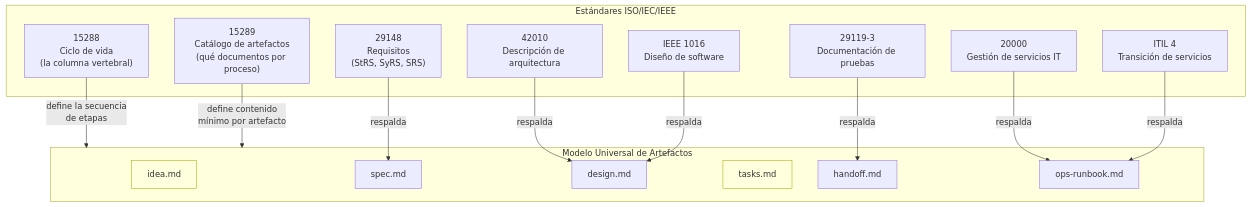
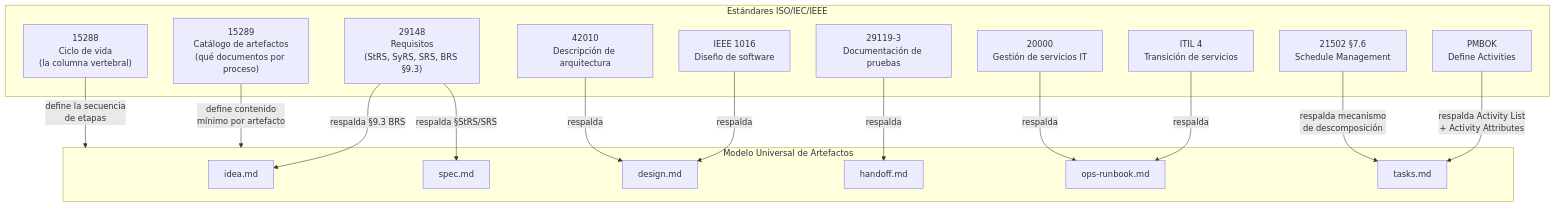
The first of 16 diagrams in docs/artifact-model.md (virgenherrera/idea-to-mvp), drawn with Mermaid before and after one commit. The commit also changed other lines of this file, not shown here.

First line of the commit message:
fix: correct standards backing for idea.md and tasks.md artifacts

````diff
--- a/docs/artifact-model.md
+++ b/docs/artifact-model.md
@@ -35,34 +35,36 @@
 ```mermaid
 flowchart TD
     subgraph STANDARDS["Estándares ISO/IEC/IEEE"]
         ISO15288["15288\nCiclo de vida\n(la columna vertebral)"]
         ISO15289["15289\nCatálogo de artefactos\n(qué documentos por proceso)"]
-        ISO29148["29148\nRequisitos\n(StRS, SyRS, SRS)"]
+        ISO29148["29148\nRequisitos\n(StRS, SyRS, SRS, BRS §9.3)"]
         ISO42010["42010\nDescripción de arquitectura"]
         IEEE1016["IEEE 1016\nDiseño de software"]
         ISO29119["29119-3\nDocumentación de pruebas"]
         ISO20000["20000\nGestión de servicios IT"]
         ITIL["ITIL 4\nTransición de servicios"]
+        ISO21502["21502 §7.6\nSchedule Management"]
+        PMBOK_DA["PMBOK\nDefine Activities"]
     end
 
     subgraph MODEL["Modelo Universal de Artefactos"]
         IDEA["idea.md"]
         SPEC["spec.md"]
         DESIGN["design.md"]
         TASKS["tasks.md"]
         HANDOFF["handoff.md"]
         OPS["ops-runbook.md"]
     end
 
     ISO15288 -->|"define la secuencia\nde etapas"| MODEL
     ISO15289 -->|"define contenido\nmínimo por artefacto"| MODEL
-    ISO29148 -->|"respalda"| SPEC
+    ISO29148 -->|"respalda §9.3 BRS"| IDEA
+    ISO29148 -->|"respalda §StRS/SRS"| SPEC
     ISO42010 -->|"respalda"| DESIGN
     IEEE1016 -->|"respalda"| DESIGN
+    ISO21502 -->|"respalda mecanismo\nde descomposición"| TASKS
+    PMBOK_DA -->|"respalda Activity List\n+ Activity Attributes"| TASKS
     ISO29119 -->|"respalda"| HANDOFF
     ISO20000 -->|"respalda"| OPS
     ITIL -->|"respalda"| OPS
-
-    style IDEA fill:#ffd,stroke:#aa0
-    style TASKS fill:#ffd,stroke:#aa0
 ```
````
